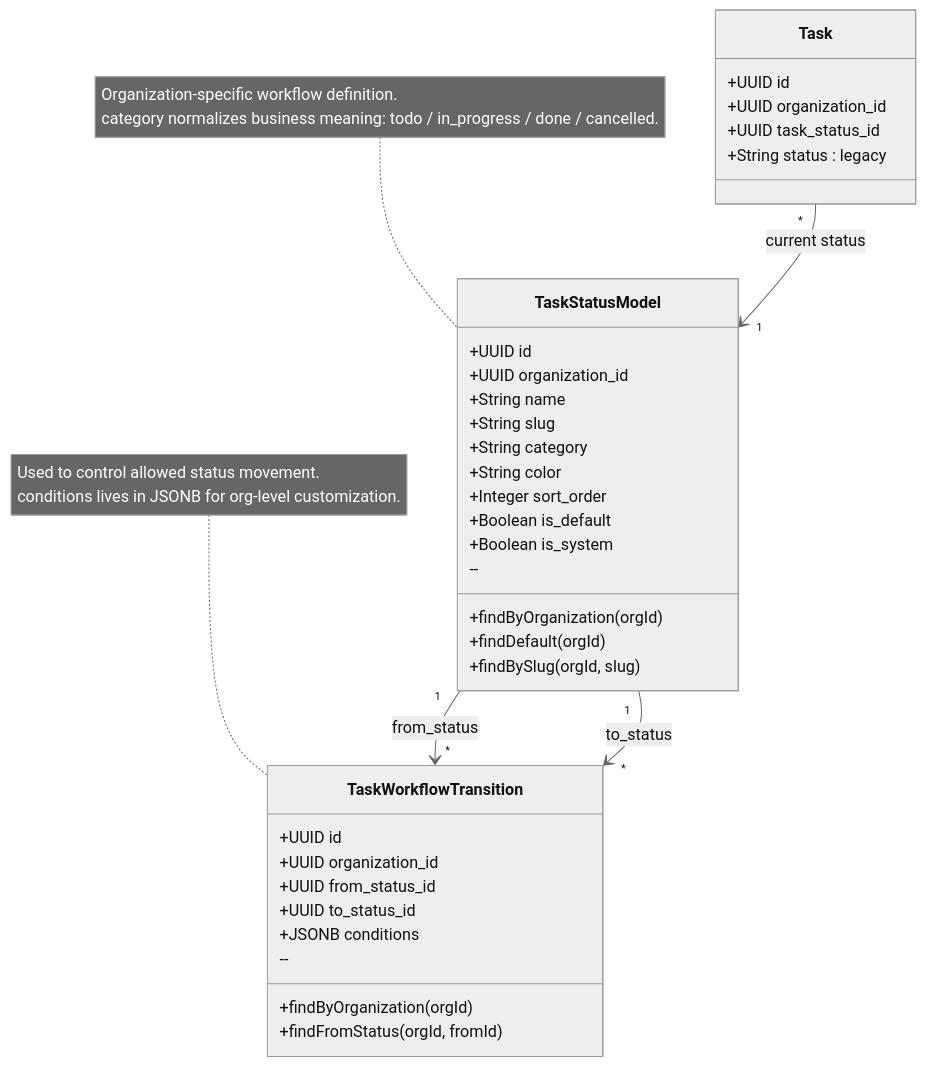
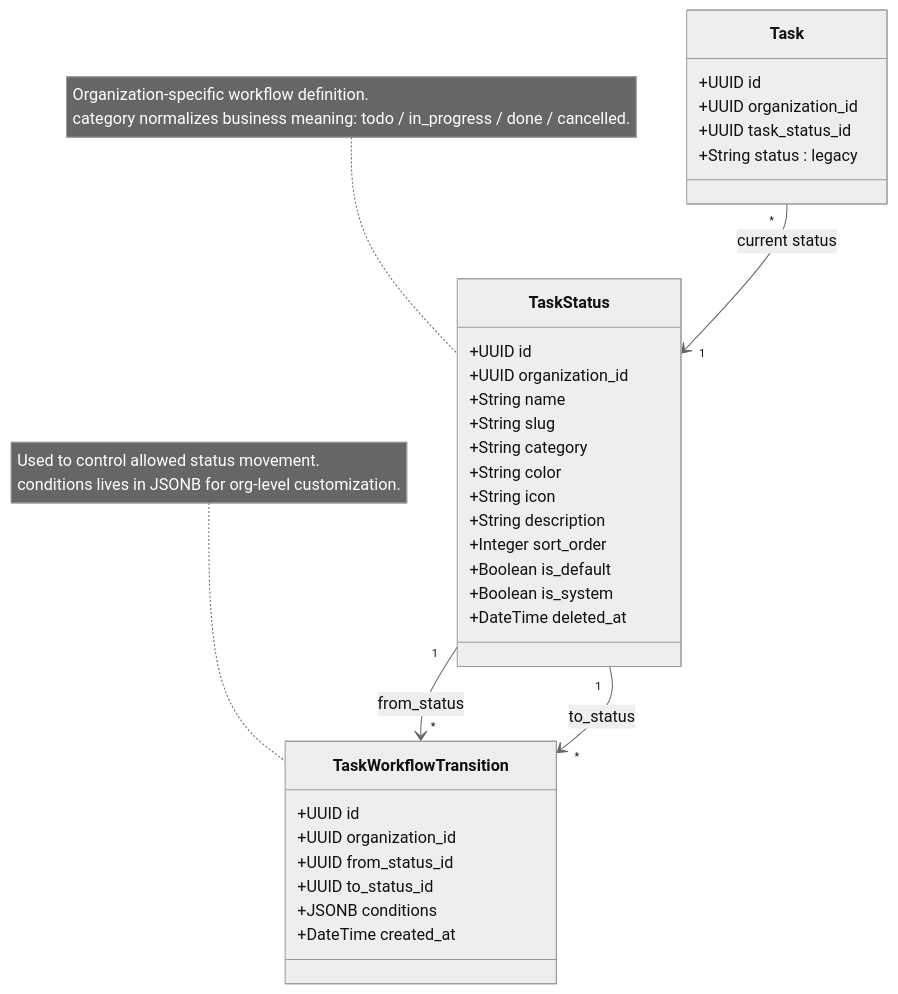
Before and after one commit to DuyetTN3112/Suar: the diagram in diagram/Class/cls_02c_task_workflow_status.mmd, drawn with Mermaid (neutral theme). The commit also changed other lines of this file and 27 other files, not shown here.

Commit message:
docs(diagram): refresh core architecture diagrams

```diff
--- a/diagram/Class/cls_02c_task_workflow_status.mmd
+++ b/diagram/Class/cls_02c_task_workflow_status.mmd
@@ -1,46 +1,43 @@
 %% Class Diagram: Task Workflow Status Detail
 %% Scope: Custom task statuses and workflow transitions only.
 
 classDiagram
     class Task {
         +UUID id
         +UUID organization_id
         +UUID task_status_id
         +String status : legacy
     }
 
-    class TaskStatusModel {
+    class TaskStatus {
         +UUID id
         +UUID organization_id
         +String name
         +String slug
         +String category
         +String color
+        +String icon
+        +String description
         +Integer sort_order
         +Boolean is_default
         +Boolean is_system
-        --
-        +findByOrganization(orgId)
-        +findDefault(orgId)
-        +findBySlug(orgId, slug)
+        +DateTime deleted_at
     }
 
     class TaskWorkflowTransition {
         +UUID id
         +UUID organization_id
         +UUID from_status_id
         +UUID to_status_id
         +JSONB conditions
-        --
-        +findByOrganization(orgId)
-        +findFromStatus(orgId, fromId)
+        +DateTime created_at
     }
 
-    Task "*" --> "1" TaskStatusModel : current status
-    TaskStatusModel "1" --> "*" TaskWorkflowTransition : from_status
-    TaskStatusModel "1" --> "*" TaskWorkflowTransition : to_status
+    Task "*" --> "1" TaskStatus : current status
+    TaskStatus "1" --> "*" TaskWorkflowTransition : from_status
+    TaskStatus "1" --> "*" TaskWorkflowTransition : to_status
 
-    note for TaskStatusModel "Organization-specific workflow definition.
+    note for TaskStatus "Organization-specific workflow definition.
     category normalizes business meaning: todo / in_progress / done / cancelled."
     note for TaskWorkflowTransition "Used to control allowed status movement.
     conditions lives in JSONB for org-level customization."
```
